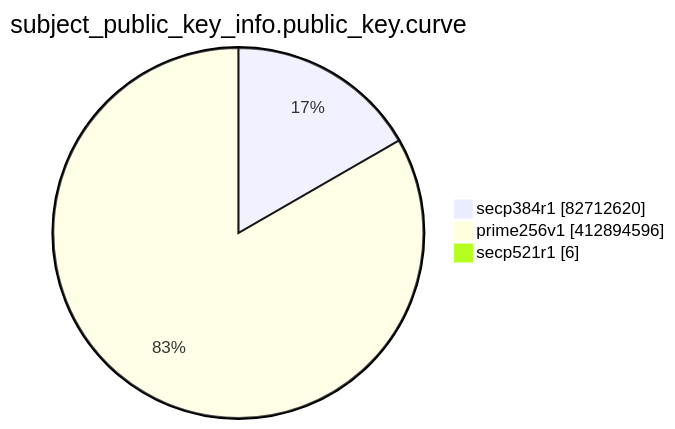
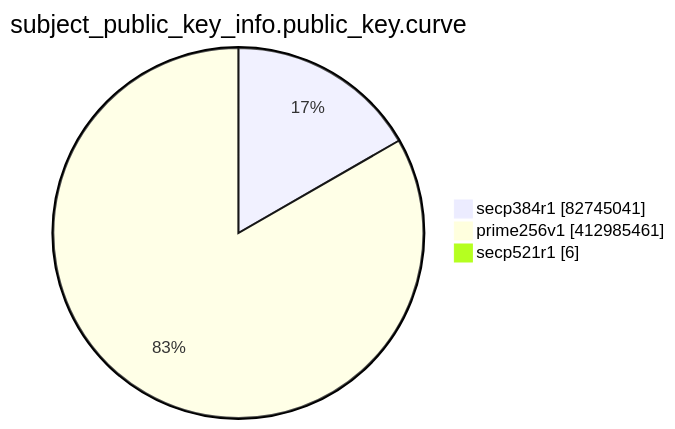
Before and after one commit to christiankrug/ctmonitor_visualization: the eighth of 15 diagrams in TOTAL/README.md, drawn with Mermaid. The commit also changed other lines of this file, not shown here.

````diff
--- a/TOTAL/README.md
+++ b/TOTAL/README.md
@@ -3098,7 +3098,7 @@
 ```mermaid
 pie showData
 title subject_public_key_info.public_key.curve
-"secp384r1" :82712620
-"prime256v1" :412894596
+"secp384r1" :82745041
+"prime256v1" :412985461
 "secp521r1" :6
 ```
````
